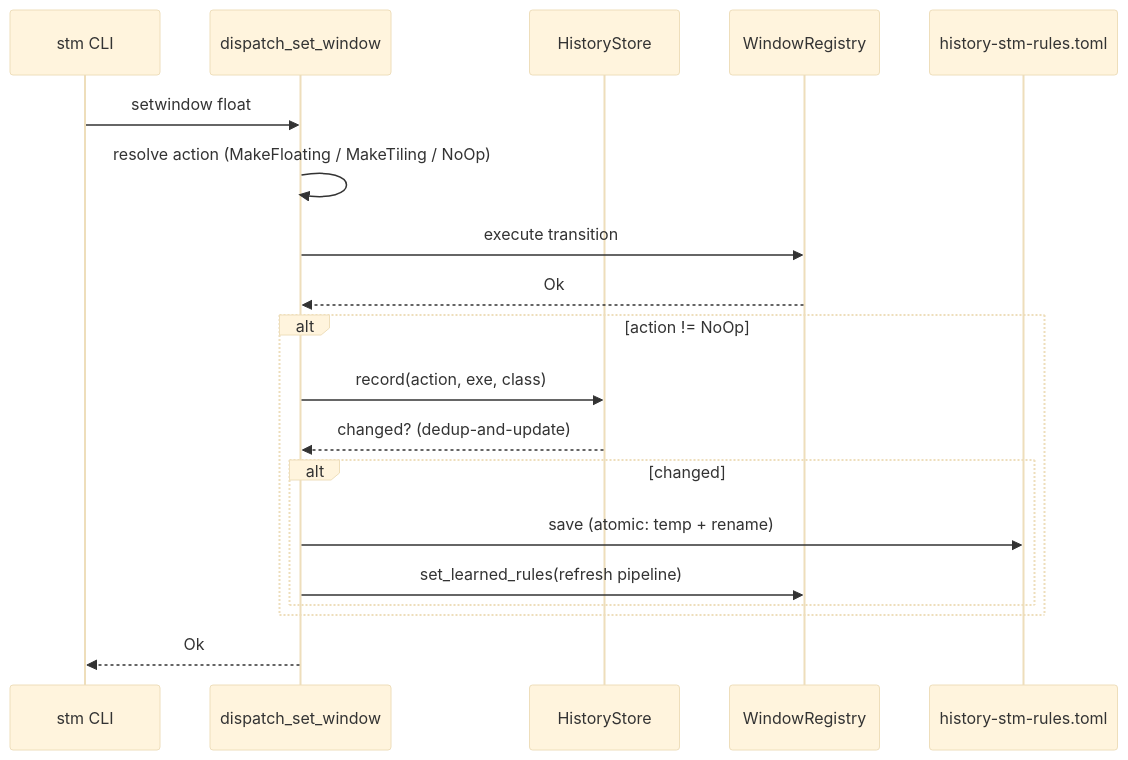
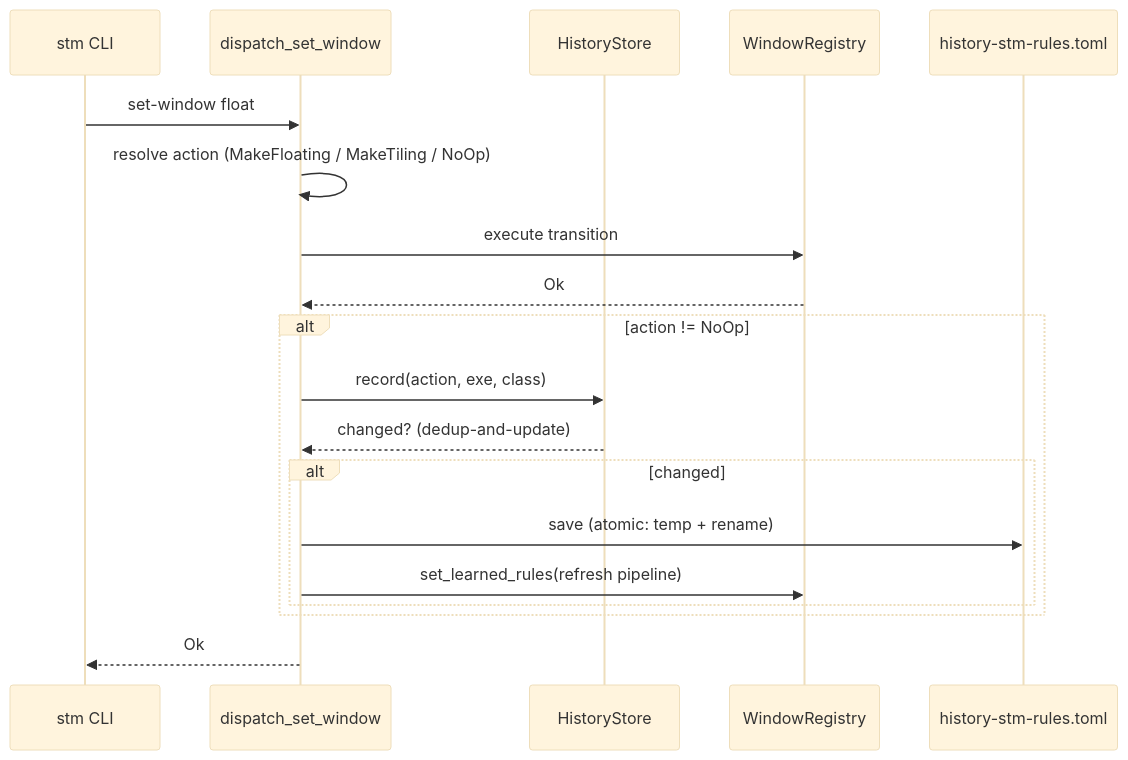
One commit to CCpcalvin/flow-wm changed the second of 2 diagrams in docs/src/dev-guide/classification.md. Above: the diagram before and after it, drawn with Mermaid (base theme). The commit also changed other lines of this file and 20 other files, not shown here.

````diff
--- a/docs/src/dev-guide/classification.md
+++ b/docs/src/dev-guide/classification.md
@@ -82,22 +82,22 @@
 ```mermaid
 sequenceDiagram
     participant CLI as stm CLI
     participant D as dispatch_set_window
     participant H as HistoryStore
     participant R as WindowRegistry
     participant FS as history-stm-rules.toml
 
-    CLI->>D: setwindow float
+    CLI->>D: set-window float
     D->>D: resolve action (MakeFloating / MakeTiling / NoOp)
     D->>R: execute transition
     R-->>D: Ok
     alt action != NoOp
         D->>H: record(action, exe, class)
         H-->>D: changed? (dedup-and-update)
         alt changed
             D->>FS: save (atomic: temp + rename)
             D->>R: set_learned_rules(refresh pipeline)
         end
     end
     D-->>CLI: Ok
 ```
````
